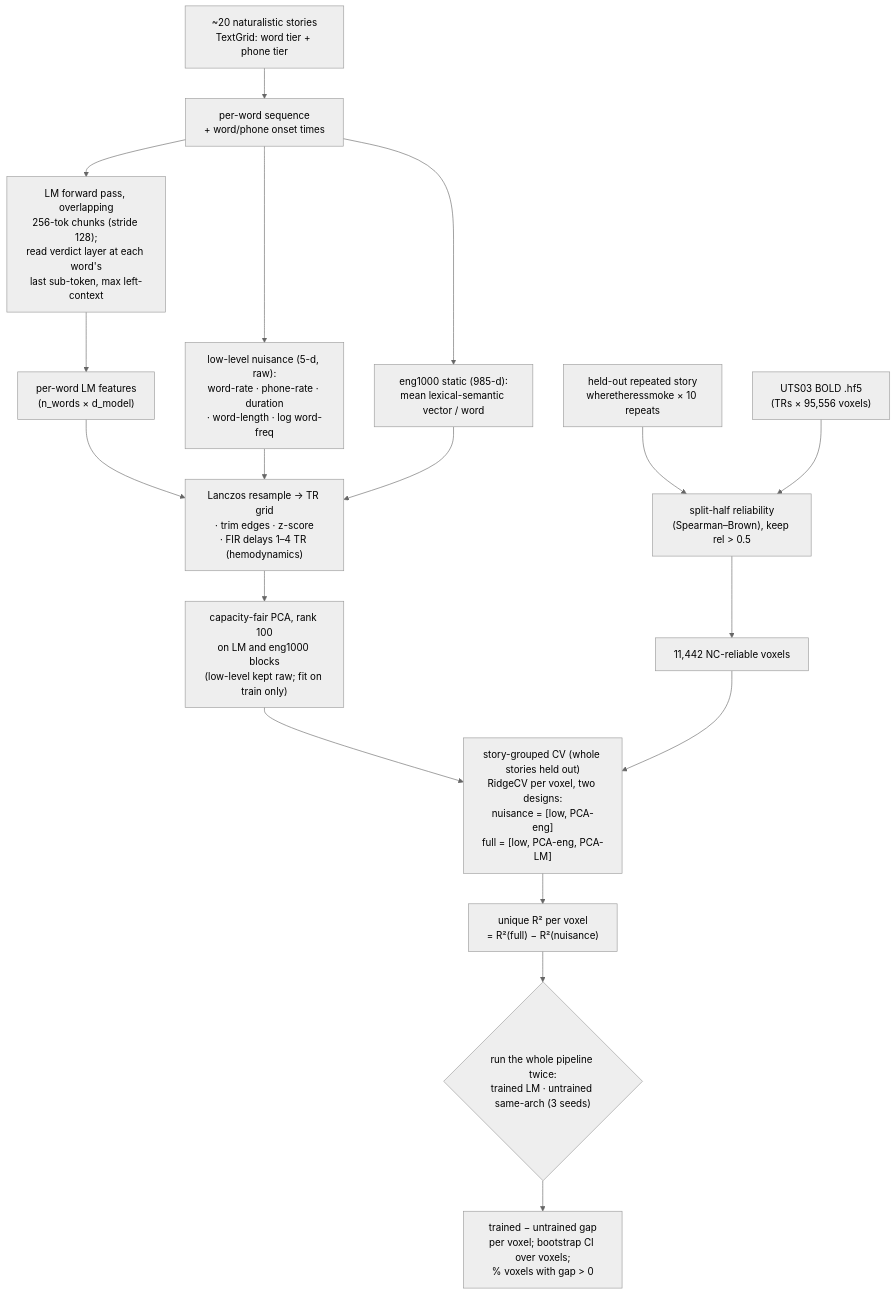
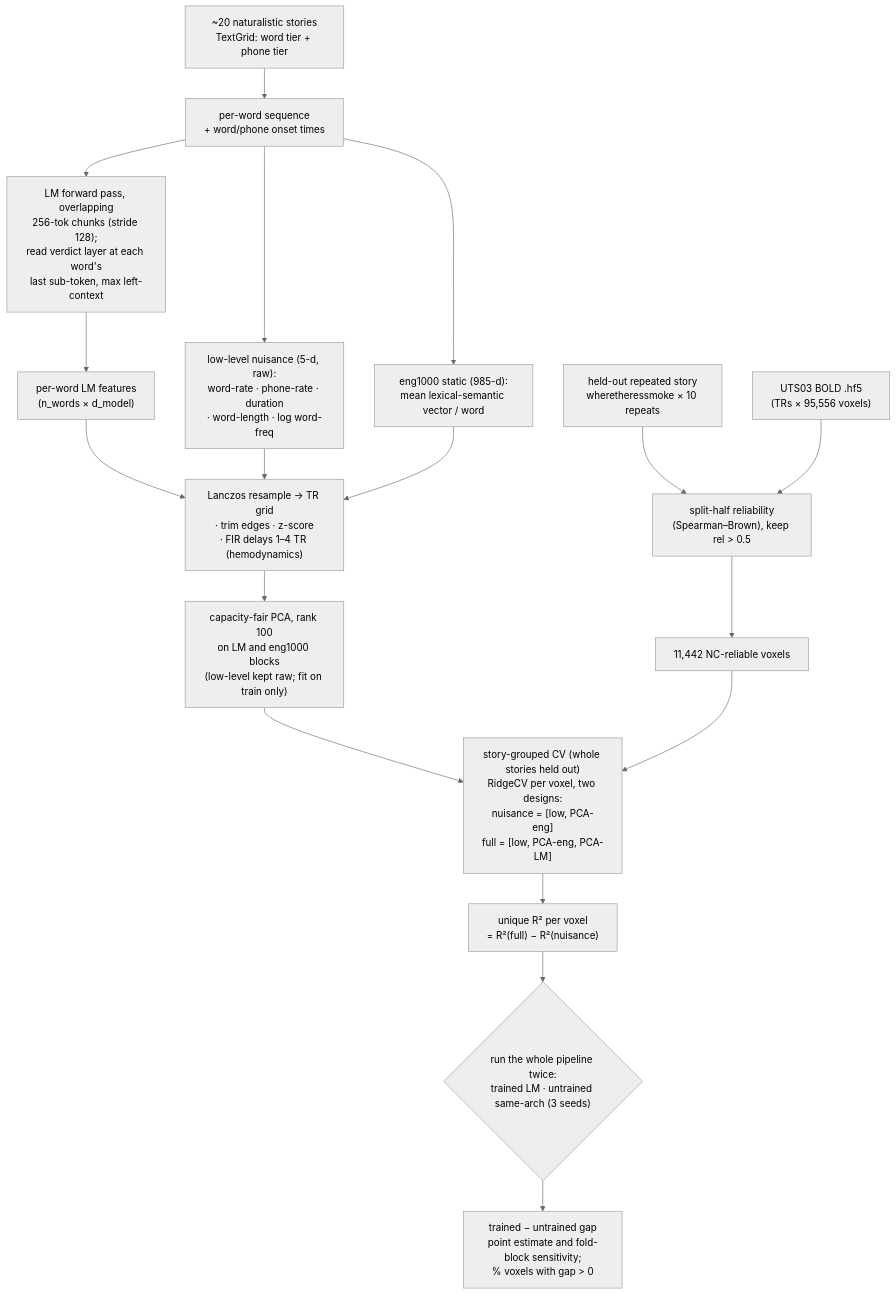
Before and after one commit to MohammadErfan-Jabbari/brain-alignment: the diagram in docs/experiments/E006_lebel-voxelwise-feasibility.md, drawn with Mermaid (neutral theme). The commit also changed other lines of this file and 3 other files, not shown here.

````diff
--- a/docs/experiments/E006_lebel-voxelwise-feasibility.md
+++ b/docs/experiments/E006_lebel-voxelwise-feasibility.md
@@ -46,30 +46,30 @@
 ```mermaid
 flowchart TD
   STORY["~20 naturalistic stories<br/>TextGrid: word tier + phone tier"] --> WORDS["per-word sequence<br/>+ word/phone onset times"]
 
   %% --- two feature streams from the same words ---
   WORDS --> LM["LM forward pass, overlapping<br/>256-tok chunks (stride 128);<br/>read verdict layer at each word's<br/>last sub-token, max left-context"]
   LM --> LMW["per-word LM features<br/>(n_words × d_model)"]
   WORDS --> LOW["low-level nuisance (5-d, raw):<br/>word-rate · phone-rate · duration<br/>· word-length · log word-freq"]
   WORDS --> ENG["eng1000 static (985-d):<br/>mean lexical-semantic vector / word"]
 
   %% --- shared temporal pipeline: word-rate → BOLD-rate ---
   LMW --> TR["Lanczos resample → TR grid<br/>· trim edges · z-score<br/>· FIR delays 1–4 TR (hemodynamics)"]
   LOW --> TR
   ENG --> TR
   TR --> PCA["capacity-fair PCA, rank 100<br/>on LM and eng1000 blocks<br/>(low-level kept raw; fit on train only)"]
 
   %% --- target + honest voxel selection ---
   REP["held-out repeated story<br/>wheretheressmoke × 10 repeats"] --> REL["split-half reliability<br/>(Spearman–Brown), keep rel &gt; 0.5"]
   BOLD["UTS03 BOLD .hf5<br/>(TRs × 95,556 voxels)"] --> REL
   REL --> VOX["11,442 NC-reliable voxels"]
 
   %% --- the fit, twice, on whole-story-out folds ---
   PCA --> CV["story-grouped CV (whole stories held out)<br/>RidgeCV per voxel, two designs:<br/>nuisance = [low, PCA-eng]<br/>full = [low, PCA-eng, PCA-LM]"]
   VOX --> CV
   CV --> UNIQ["unique R² per voxel<br/>= R²(full) − R²(nuisance)"]
 
   %% --- two arms → the verdict ---
   UNIQ --> ARMS{"run the whole pipeline twice:<br/>trained LM · untrained same-arch (3 seeds)"}
-  ARMS --> GAP["trained − untrained gap<br/>per voxel; bootstrap CI over voxels;<br/>% voxels with gap &gt; 0"]
+  ARMS --> GAP["trained − untrained gap<br/>point estimate and fold-block sensitivity;<br/>% voxels with gap &gt; 0"]
 ```
````
